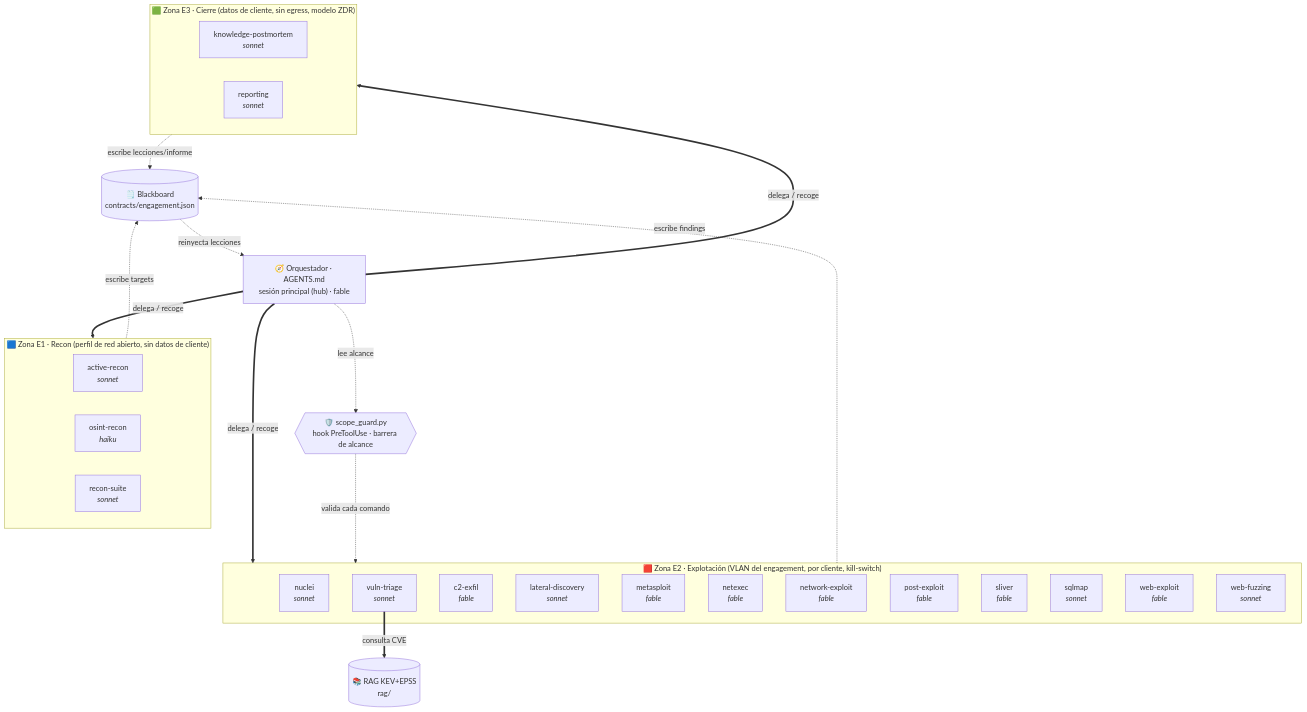
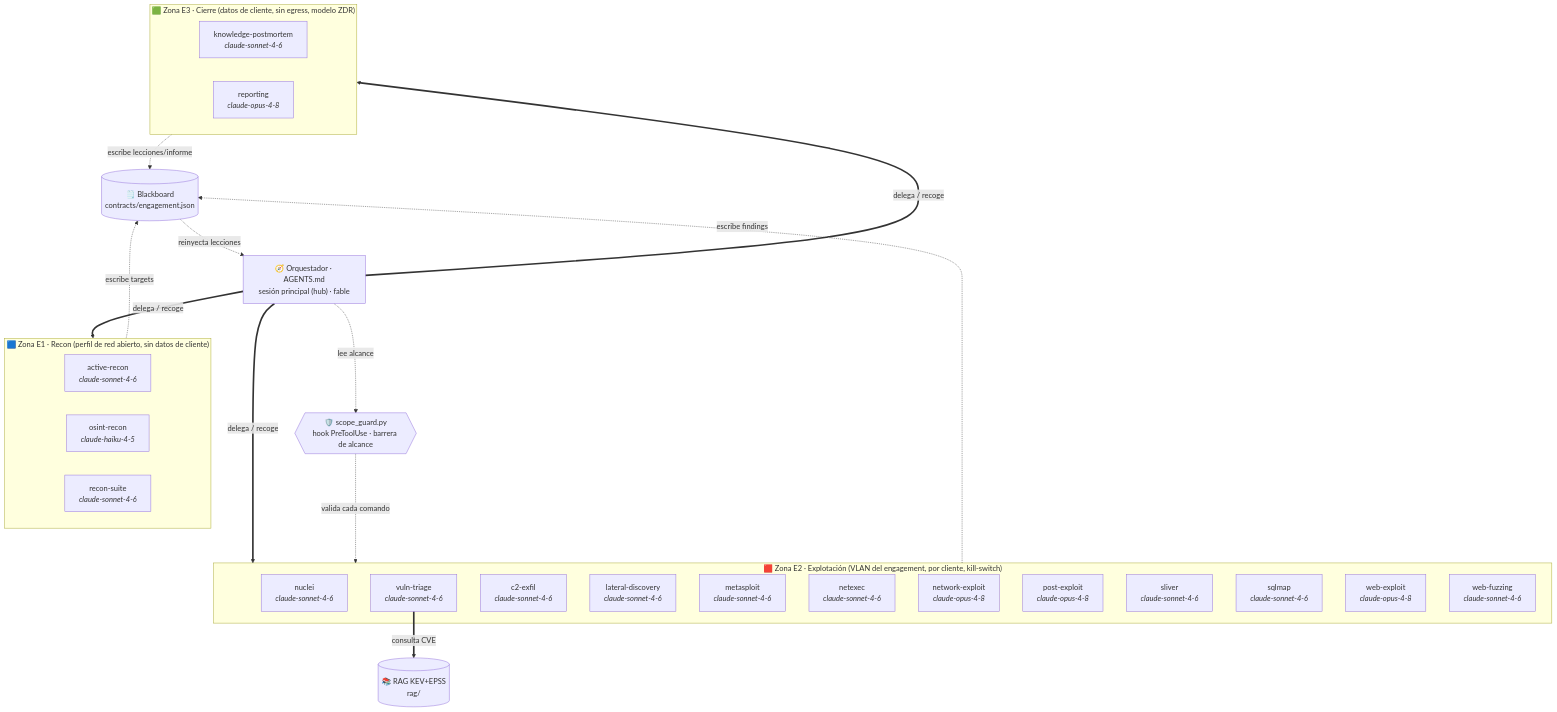
One commit to devPruebaDataunix/Data-Attack-Offensive-Tools changed the diagram in ARCHITECTURE_MAP.md. Above: the diagram before and after it, drawn with Mermaid. The commit also changed other lines of this file and 47 other files, not shown here.

First line of the commit message:
Routing de modelos: IDs completos + effort por agente; Opus 4.8 en explotacion pesada y reporting

````diff
--- a/ARCHITECTURE_MAP.md
+++ b/ARCHITECTURE_MAP.md
@@ -17,40 +17,40 @@
 ```mermaid
 flowchart TB
     ORQ["🧭 Orquestador · AGENTS.md<br/>sesión principal (hub) · fable"]
     SG{{"🛡️ scope_guard.py<br/>hook PreToolUse · barrera de alcance"}}
     BB[("🗒️ Blackboard<br/>contracts/engagement.json")]
     RAGDB[("📚 RAG KEV+EPSS<br/>rag/")]
     subgraph E1["🟦 Zona E1 · Recon (perfil de red abierto, sin datos de cliente)"]
-        active_recon["active-recon<br/><i>sonnet</i>"]
-        osint_recon["osint-recon<br/><i>haiku</i>"]
-        recon_suite["recon-suite<br/><i>sonnet</i>"]
+        active_recon["active-recon<br/><i>claude-sonnet-4-6</i>"]
+        osint_recon["osint-recon<br/><i>claude-haiku-4-5</i>"]
+        recon_suite["recon-suite<br/><i>claude-sonnet-4-6</i>"]
     end
     subgraph E2["🟥 Zona E2 · Explotación (VLAN del engagement, por cliente, kill-switch)"]
-        nuclei["nuclei<br/><i>sonnet</i>"]
-        vuln_triage["vuln-triage<br/><i>sonnet</i>"]
-        c2_exfil["c2-exfil<br/><i>fable</i>"]
-        lateral_discovery["lateral-discovery<br/><i>sonnet</i>"]
-        metasploit["metasploit<br/><i>fable</i>"]
-        netexec["netexec<br/><i>fable</i>"]
-        network_exploit["network-exploit<br/><i>fable</i>"]
-        post_exploit["post-exploit<br/><i>fable</i>"]
-        sliver["sliver<br/><i>fable</i>"]
-        sqlmap["sqlmap<br/><i>sonnet</i>"]
-        web_exploit["web-exploit<br/><i>fable</i>"]
-        web_fuzzing["web-fuzzing<br/><i>sonnet</i>"]
+        nuclei["nuclei<br/><i>claude-sonnet-4-6</i>"]
+        vuln_triage["vuln-triage<br/><i>claude-sonnet-4-6</i>"]
+        c2_exfil["c2-exfil<br/><i>claude-sonnet-4-6</i>"]
+        lateral_discovery["lateral-discovery<br/><i>claude-sonnet-4-6</i>"]
+        metasploit["metasploit<br/><i>claude-sonnet-4-6</i>"]
+        netexec["netexec<br/><i>claude-sonnet-4-6</i>"]
+        network_exploit["network-exploit<br/><i>claude-opus-4-8</i>"]
+        post_exploit["post-exploit<br/><i>claude-opus-4-8</i>"]
+        sliver["sliver<br/><i>claude-sonnet-4-6</i>"]
+        sqlmap["sqlmap<br/><i>claude-sonnet-4-6</i>"]
+        web_exploit["web-exploit<br/><i>claude-opus-4-8</i>"]
+        web_fuzzing["web-fuzzing<br/><i>claude-sonnet-4-6</i>"]
     end
     subgraph E3["🟩 Zona E3 · Cierre (datos de cliente, sin egress, modelo ZDR)"]
-        knowledge_postmortem["knowledge-postmortem<br/><i>sonnet</i>"]
-        reporting["reporting<br/><i>sonnet</i>"]
+        knowledge_postmortem["knowledge-postmortem<br/><i>claude-sonnet-4-6</i>"]
+        reporting["reporting<br/><i>claude-opus-4-8</i>"]
     end
     ORQ ==>|delega / recoge| E1
     ORQ ==>|delega / recoge| E2
     ORQ ==>|delega / recoge| E3
     E1 -.->|escribe targets| BB
     E2 -.->|escribe findings| BB
     E3 -.->|escribe lecciones/informe| BB
     BB -.->|reinyecta lecciones| ORQ
     vuln_triage ==>|consulta CVE| RAGDB
     SG -.->|valida cada comando| E2
     ORQ -.->|lee alcance| SG
 ```
````
